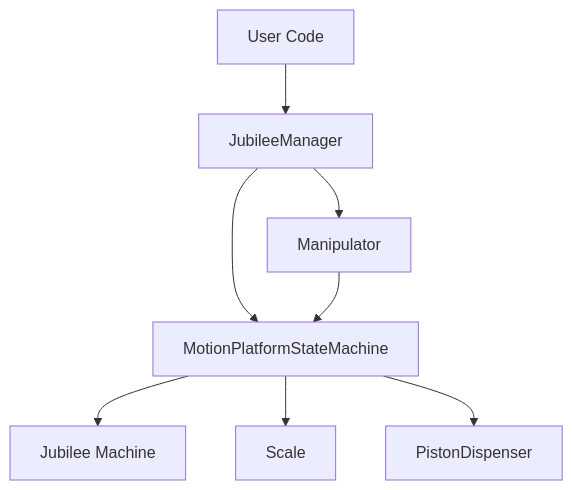
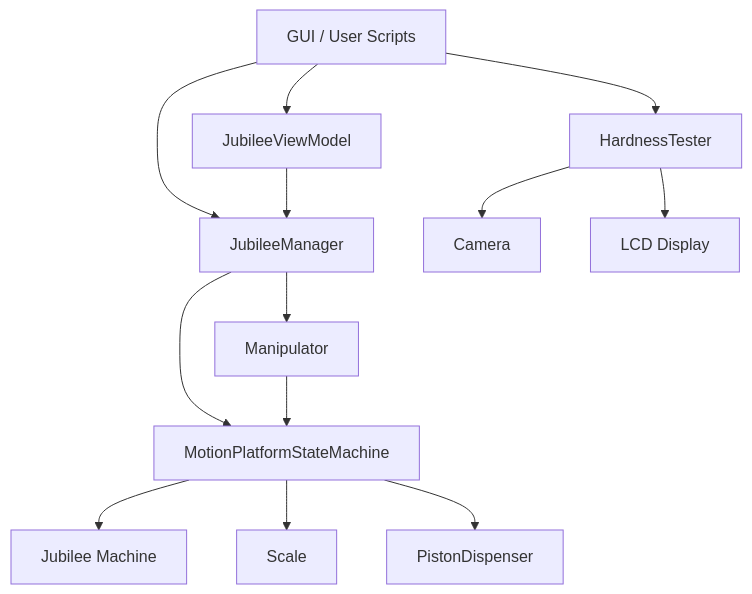
One commit to bennett-lahn/jubilee-powder changed the diagram in docs/index.md. Above: the diagram before and after it, drawn with Mermaid. The commit also changed other lines of this file and 17 other files, not shown here.

First line of the commit message:
Enhance documentation and structure for GUI and LCD display integration

````diff
--- a/docs/index.md
+++ b/docs/index.md
@@ -94,10 +159,15 @@
 ```mermaid
 graph TD
-    A[User Code] --> B[JubileeManager]
-    B --> C[MotionPlatformStateMachine]
-    C --> D[Jubilee Machine]
-    C --> E[Scale]
-    C --> F[PistonDispenser]
-    B --> G[Manipulator]
-    G --> C
+    A[GUI / User Scripts] --> B[JubileeViewModel]
+    A --> C[JubileeManager]
+    A --> I[HardnessTester]
+    B --> C
+    C --> D[MotionPlatformStateMachine]
+    D --> E[Jubilee Machine]
+    D --> F[Scale]
+    D --> G[PistonDispenser]
+    C --> H[Manipulator]
+    H --> D
+    I --> J[Camera]
+    I --> K[LCD Display]
 ```
````
